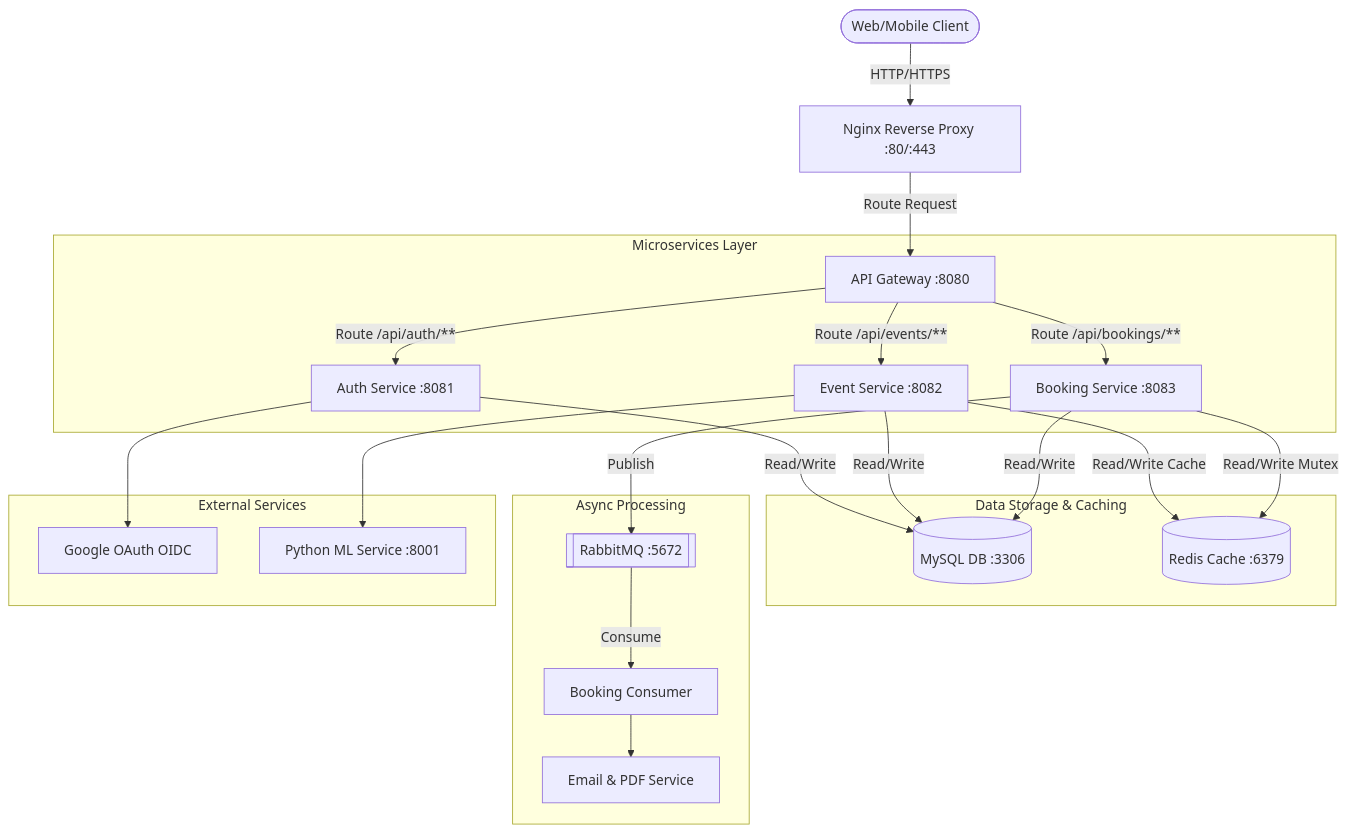
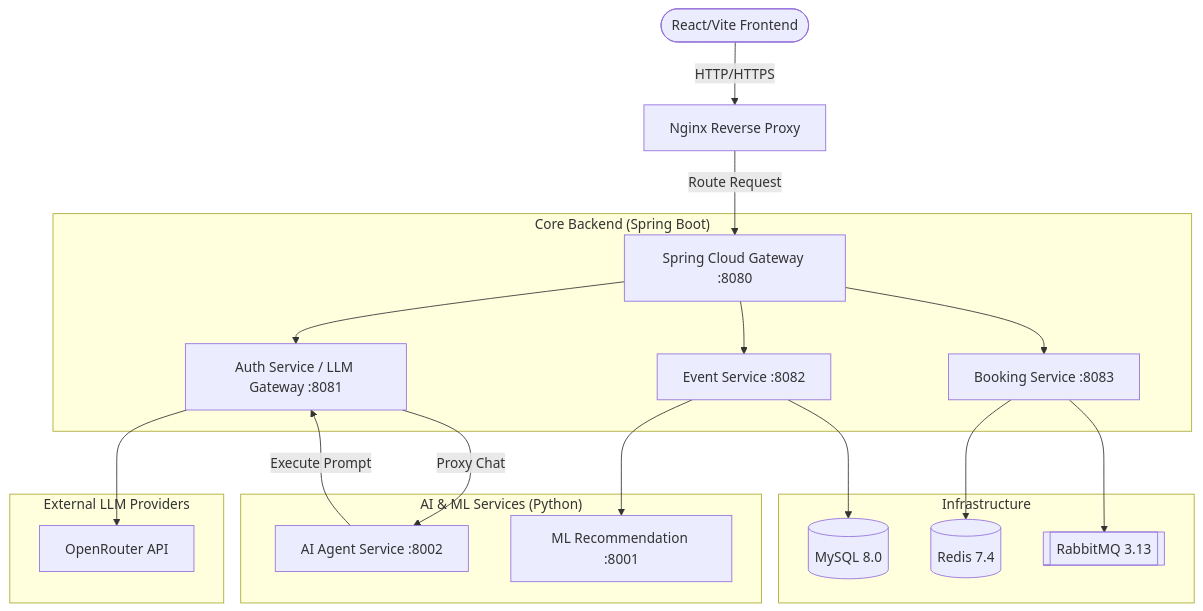
One commit to Mahesh5f4/Nexora changed the diagram in README.md. Above: the diagram before and after it, drawn with Mermaid. The commit also changed other lines of this file and 330 other files, not shown here.

````diff
--- a/README.md
+++ b/README.md
@@ -65,30 +48,27 @@
 ```mermaid
 graph TD
-    Client([Web/Mobile Client]) -->|HTTP/HTTPS| Nginx[Nginx Reverse Proxy :80/:443]
-    Nginx -->|Route Request| Gateway[API Gateway :8080]
+    Client([React/Vite Frontend]) -->|HTTP/HTTPS| Nginx[Nginx Reverse Proxy]
+    Nginx -->|Route Request| Gateway[Spring Cloud Gateway :8080]
     
-    subgraph "Microservices Layer"
-        Gateway -->|Route /api/auth/**| Auth[Auth Service :8081]
-        Gateway -->|Route /api/events/**| Event[Event Service :8082]
-        Gateway -->|Route /api/bookings/**| Booking[Booking Service :8083]
+    subgraph "Core Backend (Spring Boot)"
+        Gateway --> Auth[Auth Service / LLM Gateway :8081]
+        Gateway --> Event[Event Service :8082]
+        Gateway --> Booking[Booking Service :8083]
     end
     
-    subgraph "Data Storage & Caching"
-        Auth -->|Read/Write| MySQL[(MySQL DB :3306)]
-        Event -->|Read/Write| MySQL
-        Booking -->|Read/Write| MySQL
-        Event -->|Read/Write Cache| Redis[(Redis Cache :6379)]
-        Booking -->|Read/Write Mutex| Redis
+    subgraph "AI & ML Services (Python)"
+        Auth -->|Proxy Chat| AIService[AI Agent Service :8002]
+        AIService -->|Execute Prompt| Auth
+        Event --> ML[ML Recommendation :8001]
     end
     
-    subgraph "Async Processing"
-        Booking -- Publish --> RMQ[[RabbitMQ :5672]]
-        RMQ -- Consume --> BookingWorker[Booking Consumer]
-        BookingWorker --> Notification[Email & PDF Service]
+    subgraph "External LLM Providers"
+        Auth --> OpenRouter[OpenRouter API]
     end
-    
-    subgraph "External Services"
-        Auth --> Google[Google OAuth OIDC]
-        Event --> ML[Python ML Service :8001]
+
+    subgraph "Infrastructure"
+        Event --> MySQL[(MySQL 8.0)]
+        Booking --> Redis[(Redis 7.4)]
+        Booking --> RMQ[[RabbitMQ 3.13]]
     end
 ```
````
